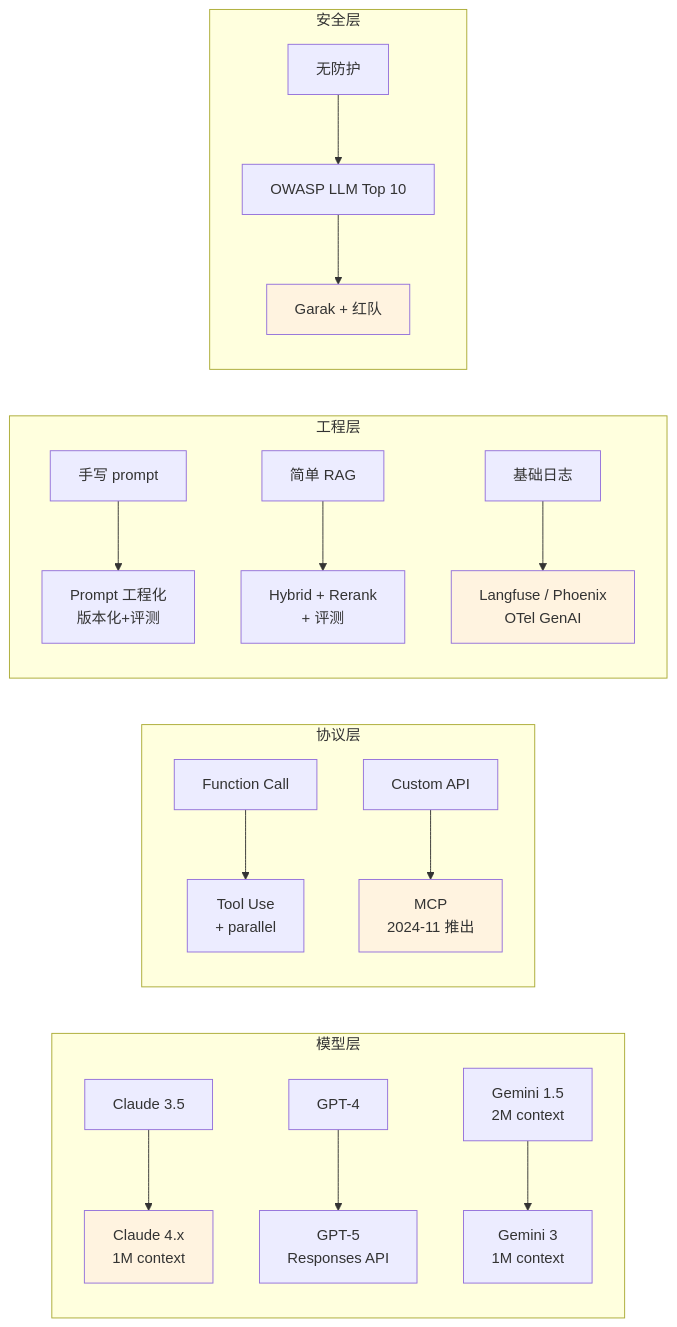
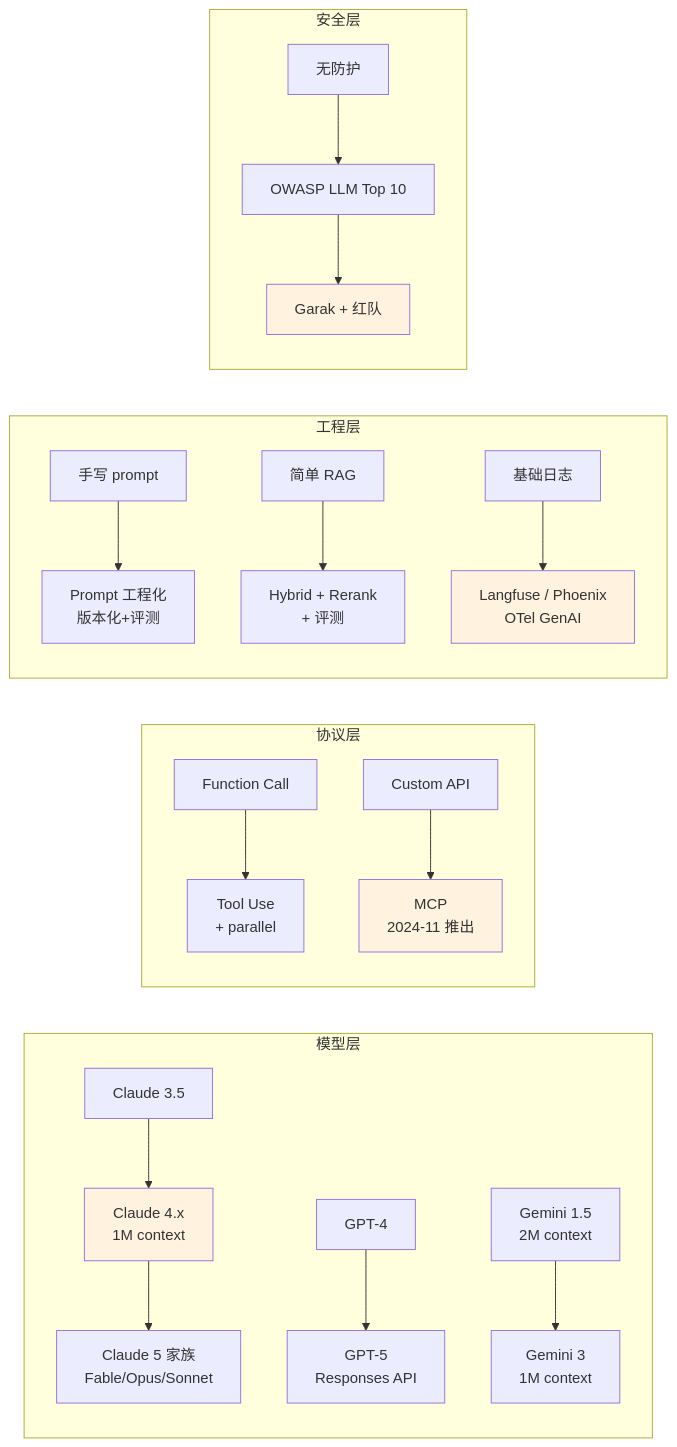
One commit to Kirby980/backend-handbook changed diagram 17 of 17 in ai-backend/ROADMAP.md. Above: the diagram before and after it, drawn with Mermaid. The commit also changed other lines of this file and 16 other files, not shown here.

````diff
--- a/ai-backend/ROADMAP.md
+++ b/ai-backend/ROADMAP.md
@@ -346,29 +384,29 @@
 ```mermaid
 graph LR
     subgraph 模型层
-    M1[Claude 3.5] --> M2[Claude 4.x<br>1M context]
+    M1[Claude 3.5] --> M2[Claude 4.x<br>1M context] --> M2b[Claude 5 家族<br>Fable/Opus/Sonnet]
     M3[GPT-4] --> M4[GPT-5<br>Responses API]
     M5[Gemini 1.5<br>2M context] --> M6[Gemini 3<br>1M context]
     end
 
     subgraph 协议层
     P1[Function Call] --> P2[Tool Use<br>+ parallel]
     P3[Custom API] --> P4[MCP<br>2024-11 推出]
     end
 
     subgraph 工程层
     E1[手写 prompt] --> E2[Prompt 工程化<br>版本化+评测]
     E3[简单 RAG] --> E4[Hybrid + Rerank<br>+ 评测]
     E5[基础日志] --> E6[Langfuse / Phoenix<br>OTel GenAI]
     end
 
     subgraph 安全层
     S1[无防护] --> S2[OWASP LLM Top 10]
     S2 --> S3[Garak + 红队]
     end
 
     style M2 fill:#fff3e0
     style P4 fill:#fff3e0
     style E6 fill:#fff3e0
     style S3 fill:#fff3e0
 ```
````
